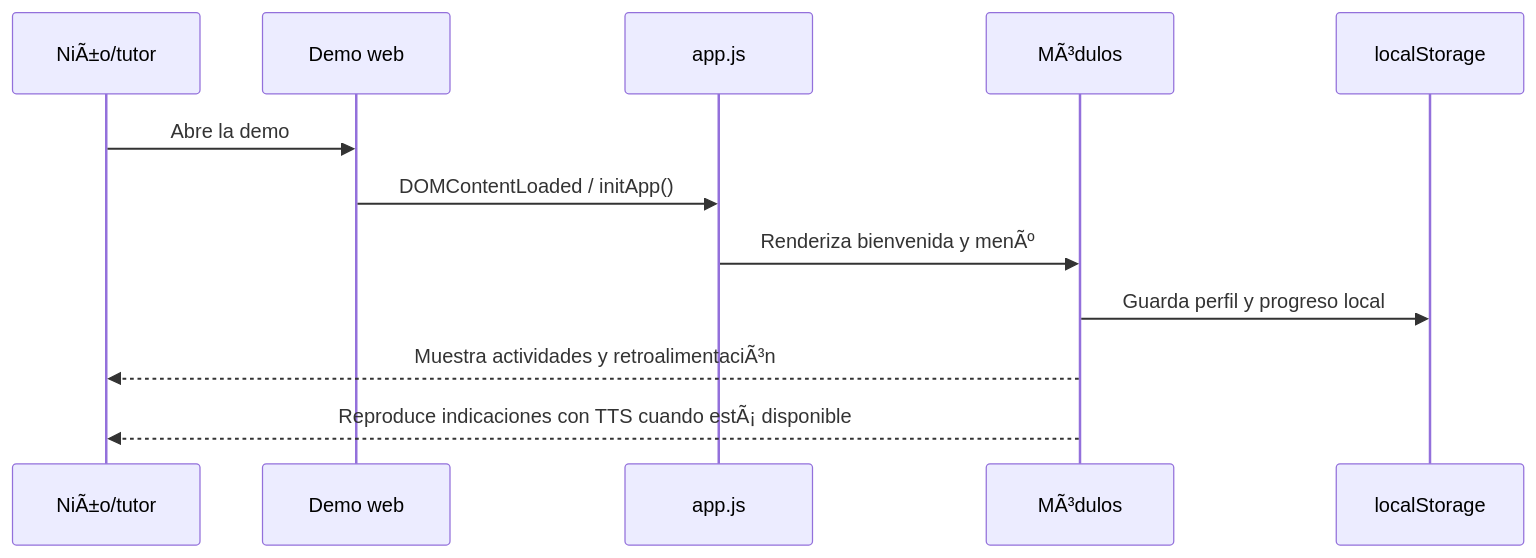
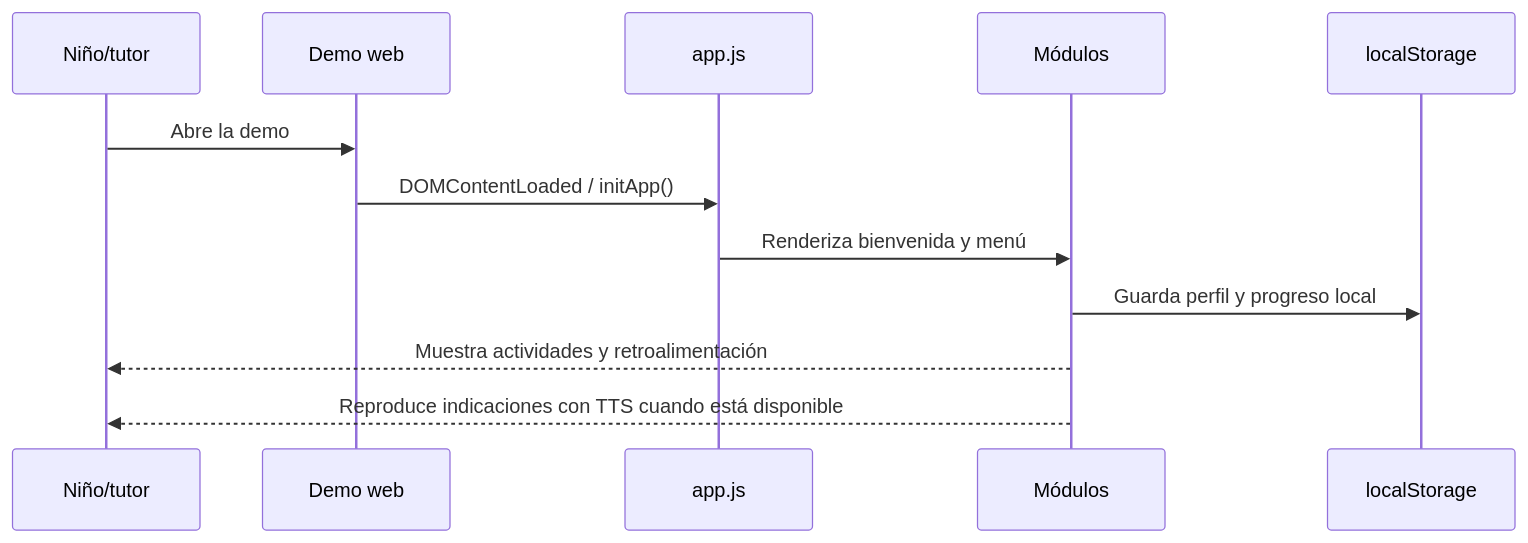
The second of 4 diagrams in README.md (gproatechnology/GProA_SAIyDD), drawn with Mermaid before and after one commit. The commit also changed other lines of this file and 2 other files, not shown here.

Commit message:
fix(docs): repair mojibake in README, align roadmap with stage 8 and add root pytest.ini

````diff
--- a/README.md
+++ b/README.md
@@ -47,15 +47,15 @@
 ```mermaid
 sequenceDiagram
-    participant N as NiÃ±o/tutor
+    participant N as Niño/tutor
     participant W as Demo web
     participant A as app.js
-    participant M as MÃ³dulos
+    participant M as Módulos
     participant S as localStorage
 
     N->>W: Abre la demo
     W->>A: DOMContentLoaded / initApp()
-    A->>M: Renderiza bienvenida y menÃº
+    A->>M: Renderiza bienvenida y menú
     M->>S: Guarda perfil y progreso local
-    M-->>N: Muestra actividades y retroalimentaciÃ³n
-    M-->>N: Reproduce indicaciones con TTS cuando estÃ¡ disponible
+    M-->>N: Muestra actividades y retroalimentación
+    M-->>N: Reproduce indicaciones con TTS cuando está disponible
 ```
````
